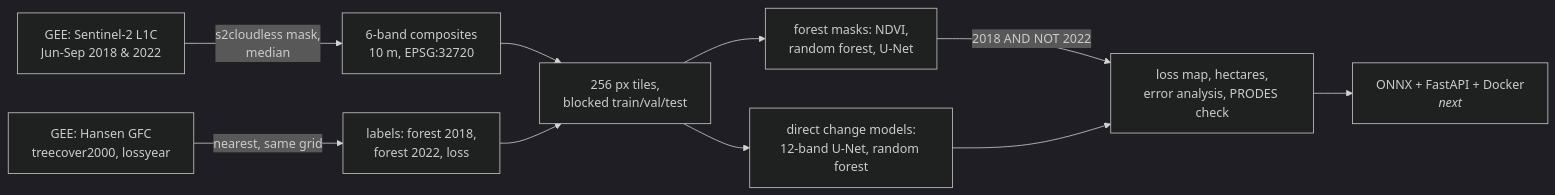
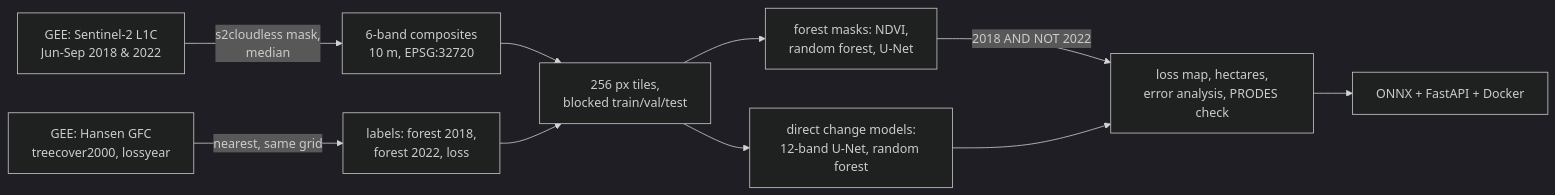
One commit to Nishchalam/Deforestation-detection changed the diagram in README.md. Above: the diagram before and after it, drawn with Mermaid (dark theme). The commit also changed other lines of this file, not shown here.

````diff
--- a/README.md
+++ b/README.md
@@ -9,12 +9,12 @@
 ```mermaid
 flowchart LR
     A[GEE: Sentinel-2 L1C<br/>Jun-Sep 2018 & 2022] -->|s2cloudless mask,<br/>median| B[6-band composites<br/>10 m, EPSG:32720]
     H[GEE: Hansen GFC<br/>treecover2000, lossyear] -->|nearest, same grid| L[labels: forest 2018,<br/>forest 2022, loss]
     B --> T[256 px tiles,<br/>blocked train/val/test]
     L --> T
     T --> M[forest masks: NDVI,<br/>random forest, U-Net]
     T --> D2[direct change models:<br/>12-band U-Net, random forest]
     M -->|2018 AND NOT 2022| C[loss map, hectares,<br/>error analysis, PRODES check]
     D2 --> C
-    C --> D[ONNX + FastAPI + Docker<br/><i>next</i>]
+    C --> D[ONNX + FastAPI + Docker]
 ```
````
